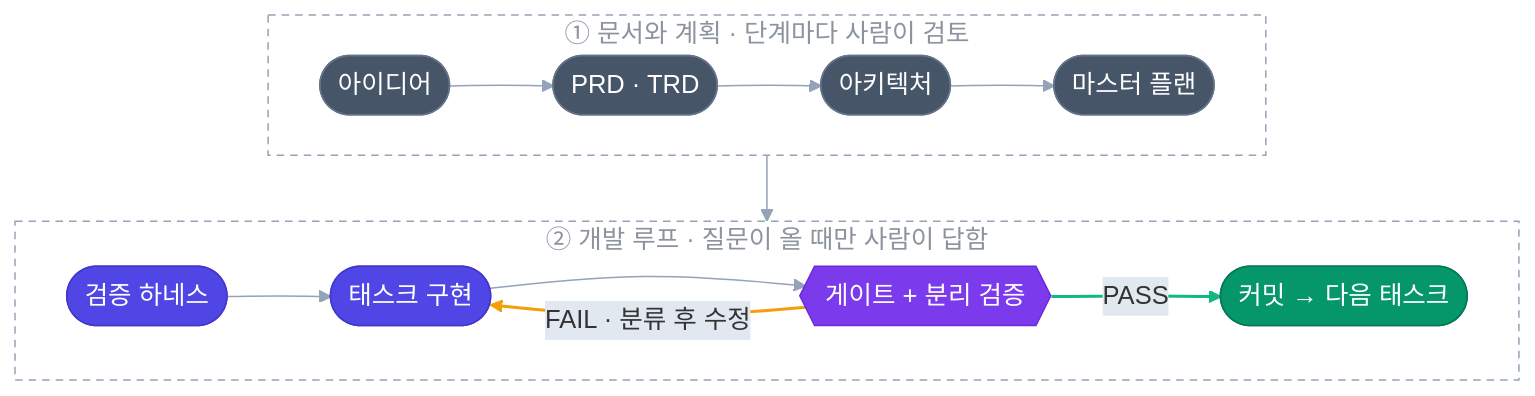
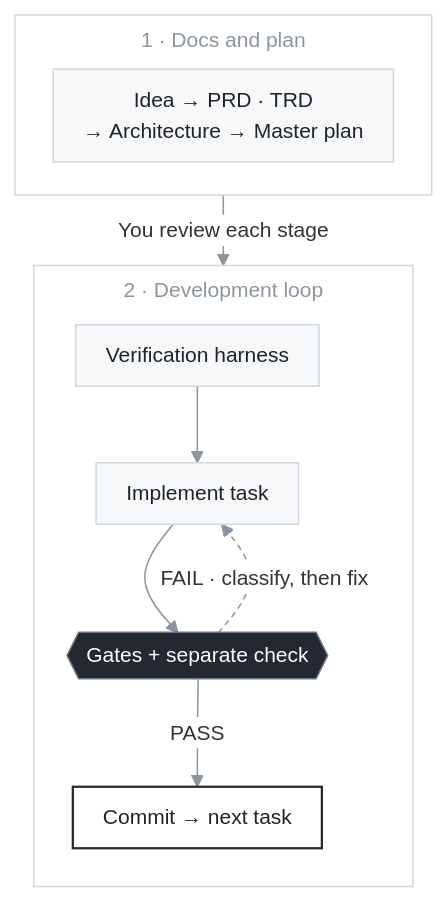
One commit to GangJaeYu/harness_loop_full_korean changed the diagram in README.md. Above: the diagram before and after it, drawn with Mermaid.

````diff
--- a/README.md
+++ b/README.md
@@ -20,27 +20,23 @@
 ```mermaid
-%%{init: {'theme': 'base', 'themeVariables': {'fontSize': '17px', 'lineColor': '#94a3b8', 'edgeLabelBackground': '#e2e8f0', 'titleColor': '#8b949e'}, 'flowchart': {'curve': 'basis', 'nodeSpacing': 34, 'rankSpacing': 44, 'padding': 14}}}%%
+%%{init: {'theme': 'base', 'themeVariables': {'fontSize': '14px', 'lineColor': '#8c959f', 'edgeLabelBackground': '#ffffff'}, 'flowchart': {'curve': 'basis', 'nodeSpacing': 24, 'rankSpacing': 26, 'padding': 10, 'subGraphTitleMargin': {'top': 6, 'bottom': 8}}}}%%
 flowchart TB
-    subgraph S1["① 문서와 계획 · 단계마다 사람이 검토"]
-        direction LR
-        A([아이디어]) --> B([PRD · TRD]) --> C([아키텍처]) --> D([마스터 플랜])
+    subgraph S1["1 · Docs and plan"]
+        A["Idea → PRD · TRD<br>→ Architecture → Master plan"]
     end
-    subgraph S2["② 개발 루프 · 질문이 올 때만 사람이 답함"]
-        direction LR
-        E([검증 하네스]) --> G([태스크 구현]) --> V{{게이트 + 분리 검증}}
-        V -- "FAIL · 분류 후 수정" --> G
-        V -- PASS --> H([커밋 → 다음 태스크])
+    subgraph S2["2 · Development loop"]
+        direction TB
+        E["Verification harness"] --> G["Implement task"] --> V{{"Gates + separate check"}}
+        V -- "FAIL · classify, then fix" --> G
+        V -- "PASS" --> H["Commit → next task"]
     end
-    S1 --> S2
-    classDef doc fill:#475569,stroke:#64748b,color:#ffffff,stroke-width:1px
-    classDef build fill:#4f46e5,stroke:#4338ca,color:#ffffff,stroke-width:1px
-    classDef check fill:#7c3aed,stroke:#6d28d9,color:#ffffff,stroke-width:1px
-    classDef done fill:#059669,stroke:#047857,color:#ffffff,stroke-width:1px
-    class A,B,C,D doc
-    class E,G build
-    class V check
-    class H done
-    style S1 fill:none,stroke:#94a3b8,stroke-width:1px,stroke-dasharray:5 4,color:#8b949e
-    style S2 fill:none,stroke:#94a3b8,stroke-width:1px,stroke-dasharray:5 4,color:#8b949e
-    linkStyle 5 stroke:#f59e0b,stroke-width:2px
-    linkStyle 6 stroke:#10b981,stroke-width:2px
+    S1 -- "You review each stage" --> S2
+    classDef node fill:#f6f8fa,stroke:#d0d7de,color:#1f2328,stroke-width:1px
+    classDef key fill:#24292f,stroke:#6e7781,color:#ffffff,stroke-width:1px
+    classDef out fill:#ffffff,stroke:#24292f,color:#1f2328,stroke-width:1.5px
+    class A,E,G node
+    class V key
+    class H out
+    style S1 fill:transparent,stroke:#d0d7de,color:#8c959f
+    style S2 fill:transparent,stroke:#d0d7de,color:#8c959f
+    linkStyle 2 stroke-dasharray:4 3
 ```
````
